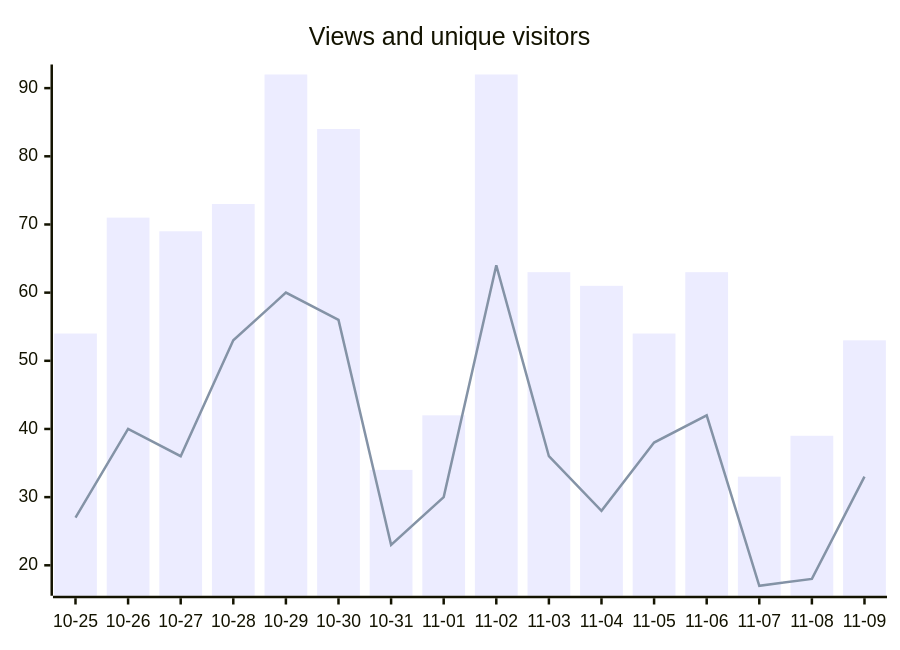
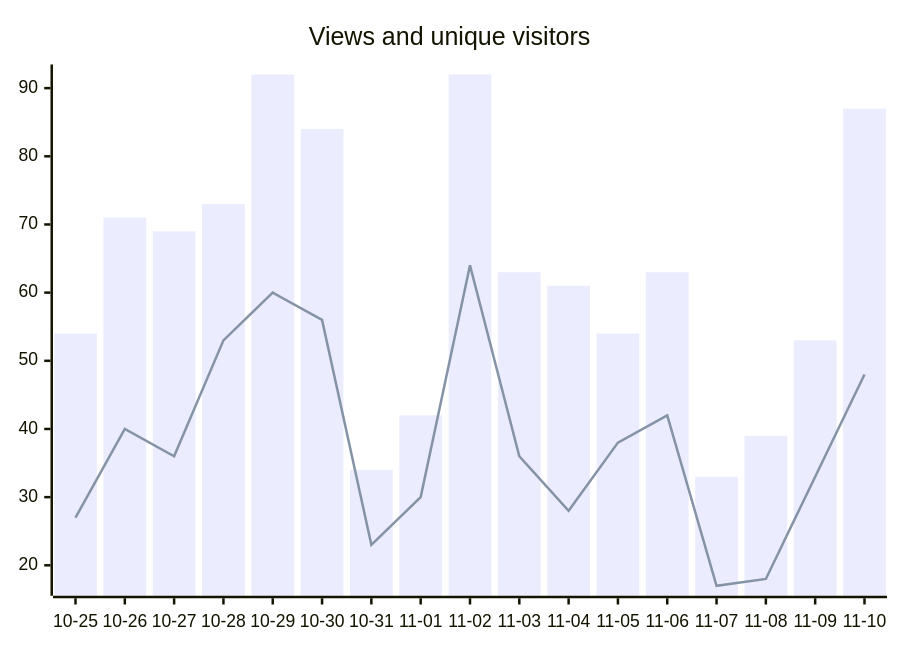
Before and after one commit to fmadore/Live-translation: the second of 2 diagrams in README.md, drawn with Mermaid. The commit also changed other lines of this file and 3 other files, not shown here.

````diff
--- a/README.md
+++ b/README.md
@@ -75,7 +76,7 @@
 ```mermaid
 xychart-beta
     title "Views and unique visitors"
-    x-axis ["10-25", "10-26", "10-27", "10-28", "10-29", "10-30", "10-31", "11-01", "11-02", "11-03", "11-04", "11-05", "11-06", "11-07", "11-08", "11-09"]
-    bar [54, 71, 69, 73, 92, 84, 34, 42, 92, 63, 61, 54, 63, 33, 39, 53]
-    line [27, 40, 36, 53, 60, 56, 23, 30, 64, 36, 28, 38, 42, 17, 18, 33]
+    x-axis ["10-25", "10-26", "10-27", "10-28", "10-29", "10-30", "10-31", "11-01", "11-02", "11-03", "11-04", "11-05", "11-06", "11-07", "11-08", "11-09", "11-10"]
+    bar [54, 71, 69, 73, 92, 84, 34, 42, 92, 63, 61, 54, 63, 33, 39, 53, 87]
+    line [27, 40, 36, 53, 60, 56, 23, 30, 64, 36, 28, 38, 42, 17, 18, 33, 48]
 ```
````
